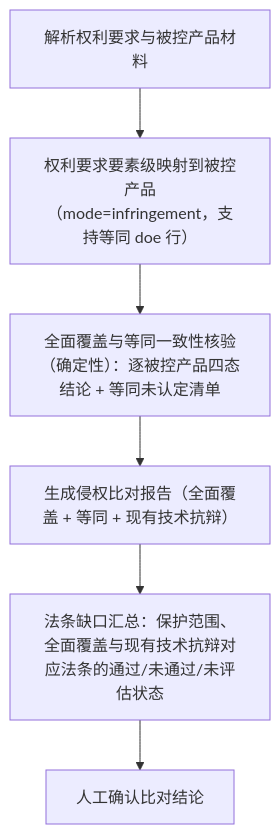
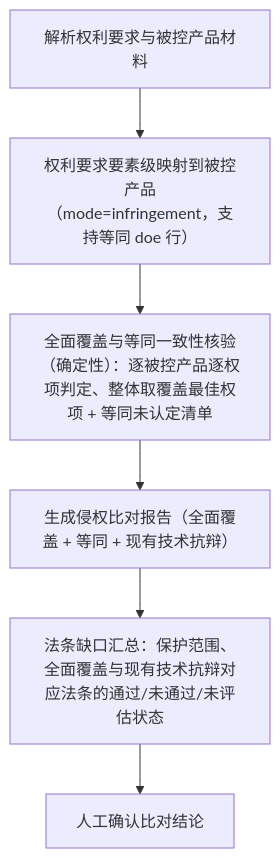
One commit to xujian519/deepseek-harness changed the diagram in snapshots/session/patent-infringement/workspace.expected/data/cases/CN2024-0004/workflow-runs/CN2024-0004__patent_infringement_v1.mmd. Above: the diagram before and after it, drawn with Mermaid. The commit also changed 2 other files, not shown here.

Commit message:
test(snapshots): record per-claim all-elements coverage

```diff
--- a/snapshots/session/patent-infringement/workspace.expected/data/cases/CN2024-0004/workflow-runs/CN2024-0004__patent_infringement_v1.mmd
+++ b/snapshots/session/patent-infringement/workspace.expected/data/cases/CN2024-0004/workflow-runs/CN2024-0004__patent_infringement_v1.mmd
@@ -1,12 +1,12 @@
 flowchart TD
   parse["解析权利要求与被控产品材料"]
   claim-chart["权利要求要素级映射到被控产品（mode=infringement，支持等同 doe 行）"]
-  coverage["全面覆盖与等同一致性核验（确定性）：逐被控产品四态结论 + 等同未认定清单"]
+  coverage["全面覆盖与等同一致性核验（确定性）：逐被控产品逐权项判定、整体取覆盖最佳权项 + 等同未认定清单"]
   report["生成侵权比对报告（全面覆盖 + 等同 + 现有技术抗辩）"]
   legal_gaps["法条缺口汇总：保护范围、全面覆盖与现有技术抗辩对应法条的通过/未通过/未评估状态"]
   approval["人工确认比对结论"]
   parse --> claim-chart
   claim-chart --> coverage
   coverage --> report
   report --> legal_gaps
   legal_gaps --> approval
```
